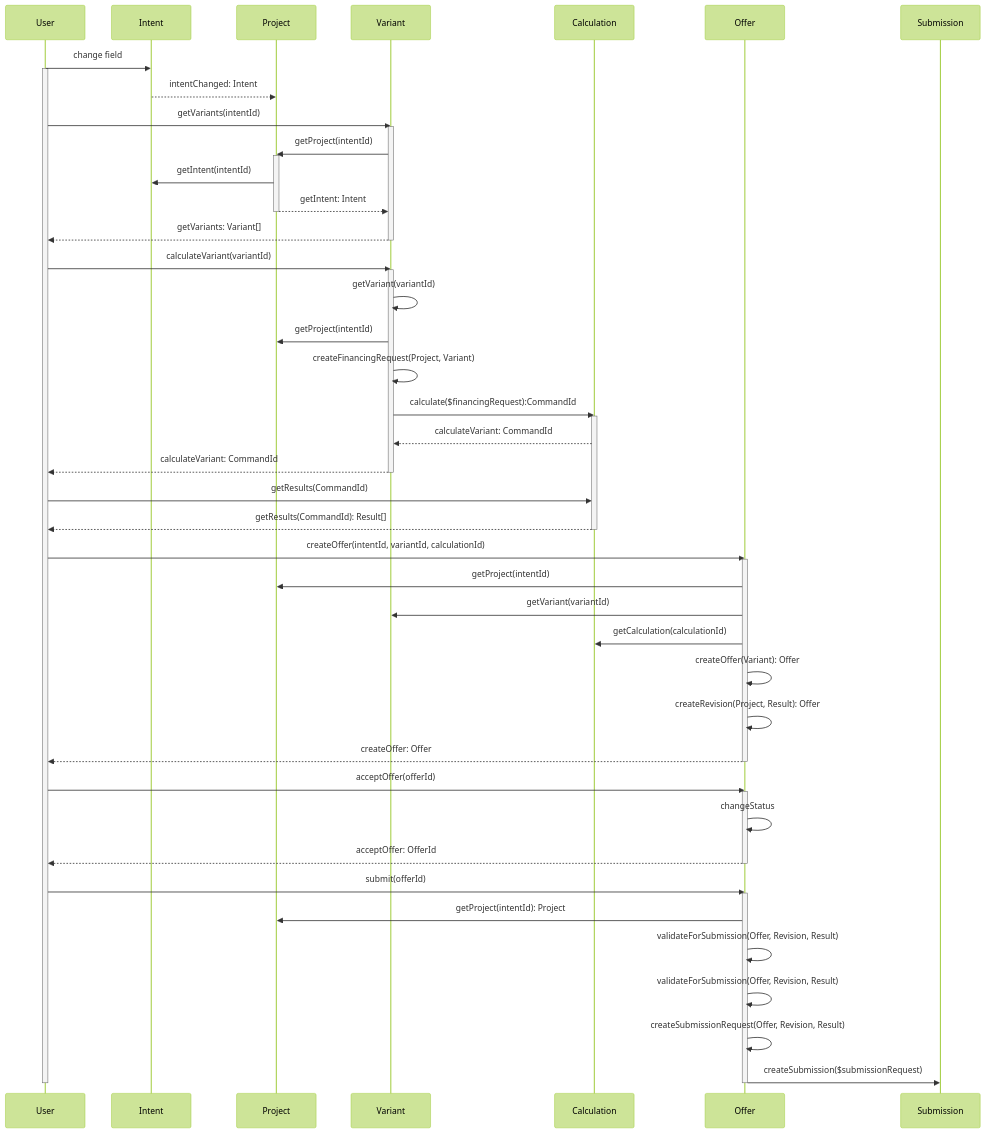
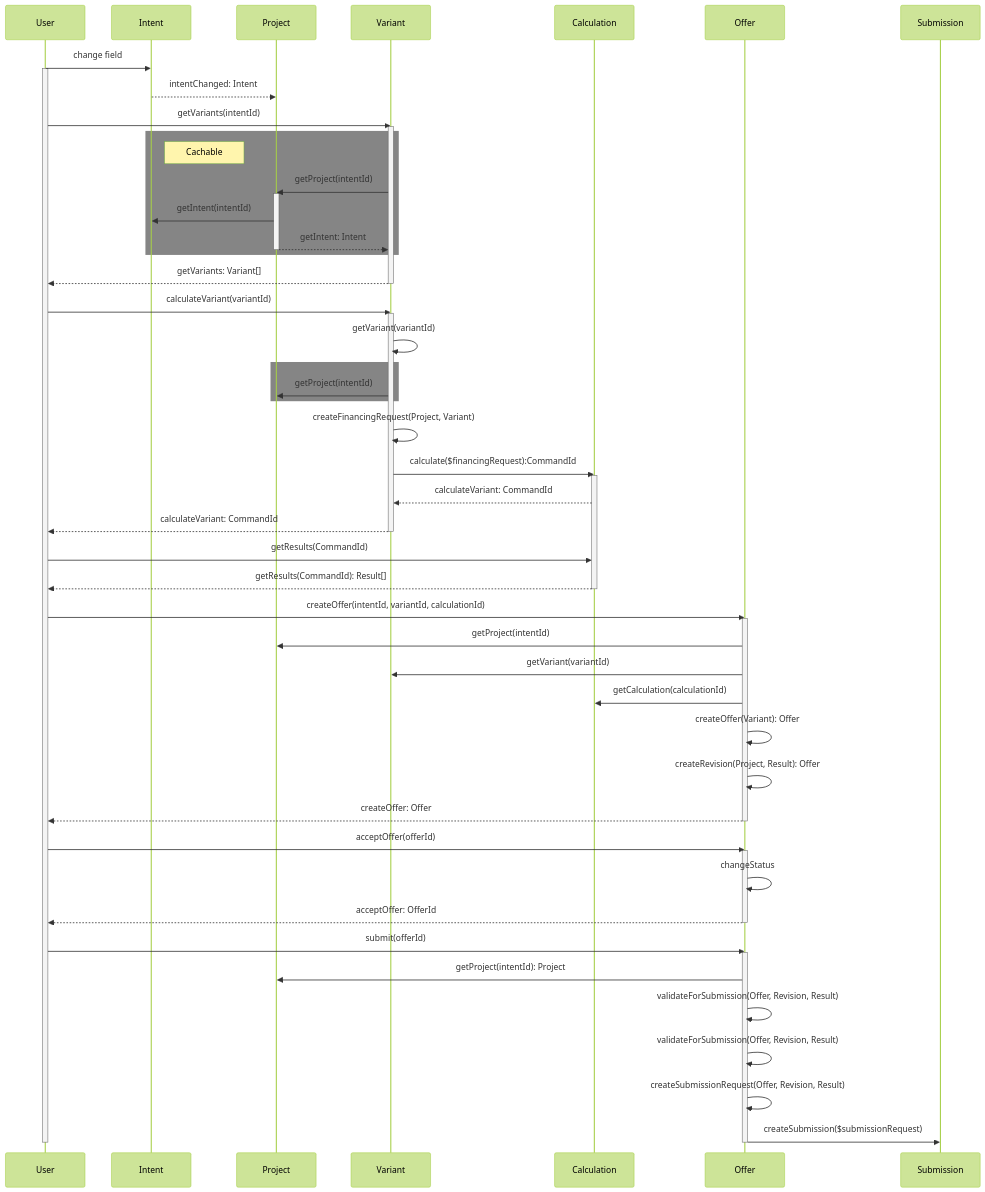
One commit to dplantera/ts-modules changed the diagram in packages/arch/diagrams/usecas/1_containter/sequence_v1.mmd. Above: the diagram before and after it, drawn with Mermaid (forest theme). The commit also changed 2 other files, not shown here.

```diff
--- a/packages/arch/diagrams/usecas/1_containter/sequence_v1.mmd
+++ b/packages/arch/diagrams/usecas/1_containter/sequence_v1.mmd
@@ -1,50 +1,57 @@
 %%@formatter:off
 sequenceDiagram
+
     User ->> Intent: change field
     activate User
+
         Intent -->> Project: intentChanged: Intent
         User ->> Variant: getVariants(intentId)
         activate Variant
+        rect rgb(133, 133, 133)
+        note right of Intent: Cachable
             Variant ->> Project: getProject(intentId)
             activate Project
                 Project ->> Intent: getIntent(intentId)
                 Project -->> Variant: getIntent: Intent
             deactivate Project
+        end
             Variant -->> User: getVariants: Variant[]
         deactivate Variant
         User ->> Variant: calculateVariant(variantId)
             activate Variant
             Variant ->> Variant: getVariant(variantId)
-            Variant ->> Project: getProject(intentId)
+            rect rgb(133, 133, 133)
+                Variant ->> Project: getProject(intentId)
+            end
             Variant ->> Variant: createFinancingRequest(Project, Variant)
             Variant ->> Calculation: calculate($financingRequest):CommandId
             activate Calculation
                 Calculation -->> Variant: calculateVariant: CommandId
                 Variant -->> User: calculateVariant: CommandId
             deactivate Variant
                 User ->> Calculation: getResults(CommandId)
                 Calculation -->> User: getResults(CommandId): Result[]
             deactivate Calculation
         User ->> Offer: createOffer(intentId, variantId, calculationId)
         activate Offer
             Offer ->> Project: getProject(intentId)
             Offer ->> Variant: getVariant(variantId)
             Offer ->> Calculation: getCalculation(calculationId)
             Offer ->> Offer: createOffer(Variant): Offer
             Offer ->> Offer: createRevision(Project, Result): Offer
             Offer -->> User: createOffer: Offer
         deactivate Offer
         User ->> Offer: acceptOffer(offerId)
         activate Offer
             Offer ->> Offer: changeStatus
             Offer -->> User: acceptOffer: OfferId
         deactivate Offer
         User ->> Offer: submit(offerId)
         activate Offer
             Offer ->> Project: getProject(intentId): Project
             Offer ->> Offer: validateForSubmission(Offer, Revision, Result)
             Offer ->> Offer: validateForSubmission(Offer, Revision, Result)
             Offer ->> Offer: createSubmissionRequest(Offer, Revision, Result)
             Offer ->> Submission: createSubmission($submissionRequest)
         deactivate Offer
     deactivate User
```
